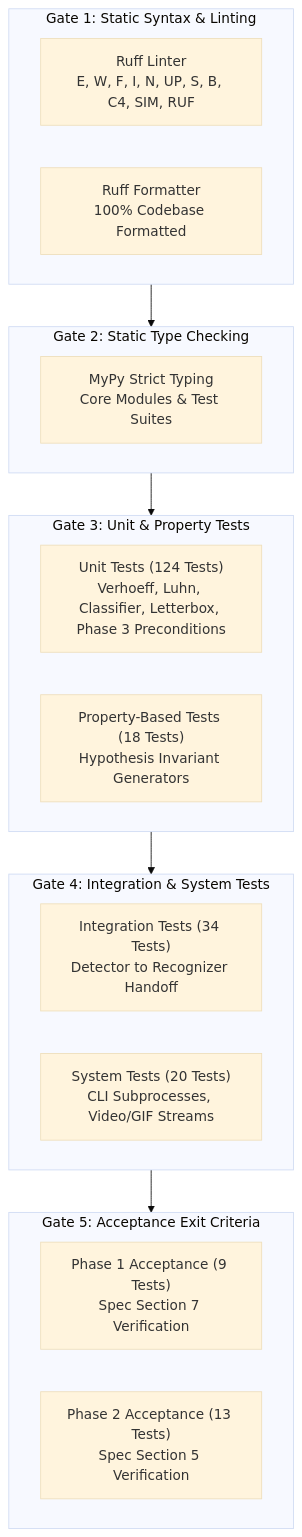
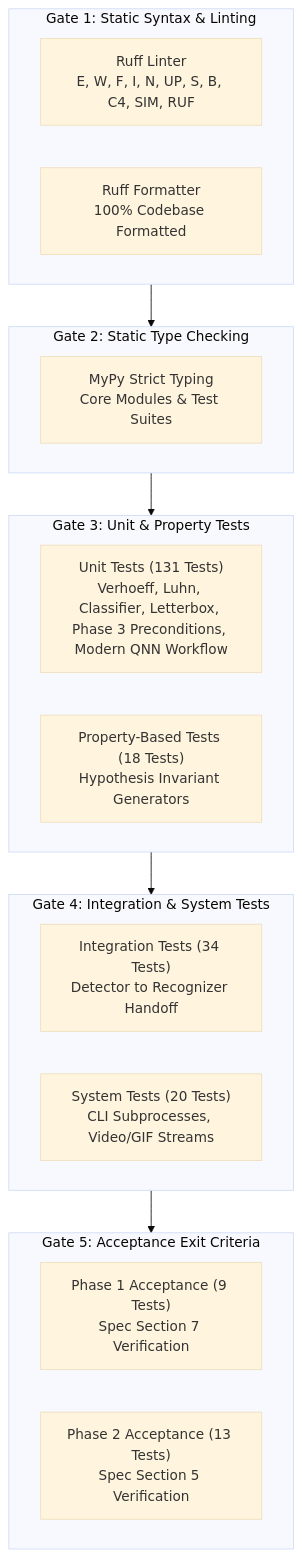
One commit to Vijajraj/Screen_PII_Redactor changed the eighth of 8 diagrams in README.md. Above: the diagram before and after it, drawn with Mermaid (base theme). The commit also changed other lines of this file and 4 other files, not shown here.

````diff
--- a/README.md
+++ b/README.md
@@ -390,28 +390,28 @@
 ```mermaid
 flowchart TD
     subgraph G1["Gate 1: Static Syntax & Linting"]
         R1["Ruff Linter<br/>E, W, F, I, N, UP, S, B, C4, SIM, RUF"]
         R2["Ruff Formatter<br/>100% Codebase Formatted"]
     end
 
     subgraph G2["Gate 2: Static Type Checking"]
         M1["MyPy Strict Typing<br/>Core Modules & Test Suites"]
     end
 
     subgraph G3["Gate 3: Unit & Property Tests"]
-        U1["Unit Tests (124 Tests)<br/>Verhoeff, Luhn, Classifier, Letterbox, Phase 3 Preconditions"]
+        U1["Unit Tests (131 Tests)<br/>Verhoeff, Luhn, Classifier, Letterbox, Phase 3 Preconditions, Modern QNN Workflow"]
         P1["Property-Based Tests (18 Tests)<br/>Hypothesis Invariant Generators"]
     end
 
     subgraph G4["Gate 4: Integration & System Tests"]
         I1["Integration Tests (34 Tests)<br/>Detector to Recognizer Handoff"]
         S1["System Tests (20 Tests)<br/>CLI Subprocesses, Video/GIF Streams"]
     end
 
     subgraph G5["Gate 5: Acceptance Exit Criteria"]
         A1["Phase 1 Acceptance (9 Tests)<br/>Spec Section 7 Verification"]
         A2["Phase 2 Acceptance (13 Tests)<br/>Spec Section 5 Verification"]
     end
 
     G1 --> G2 --> G3 --> G4 --> G5
 ```
````
